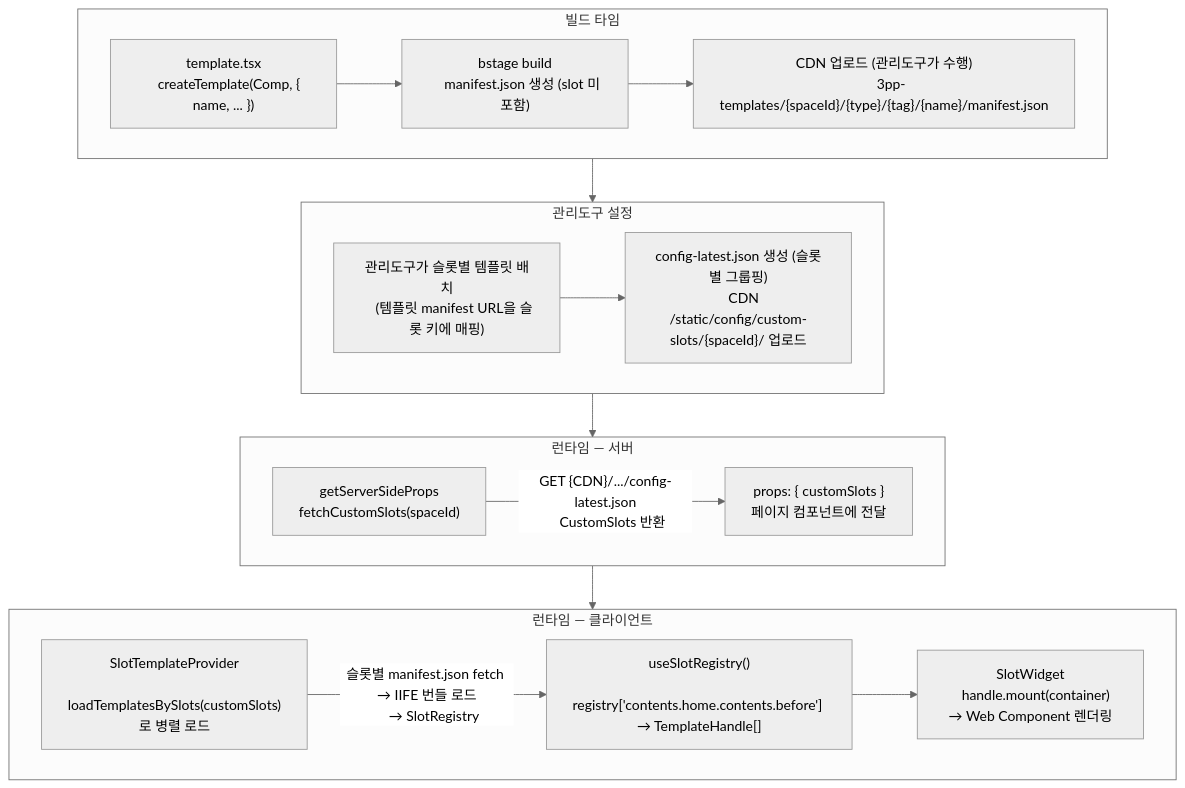
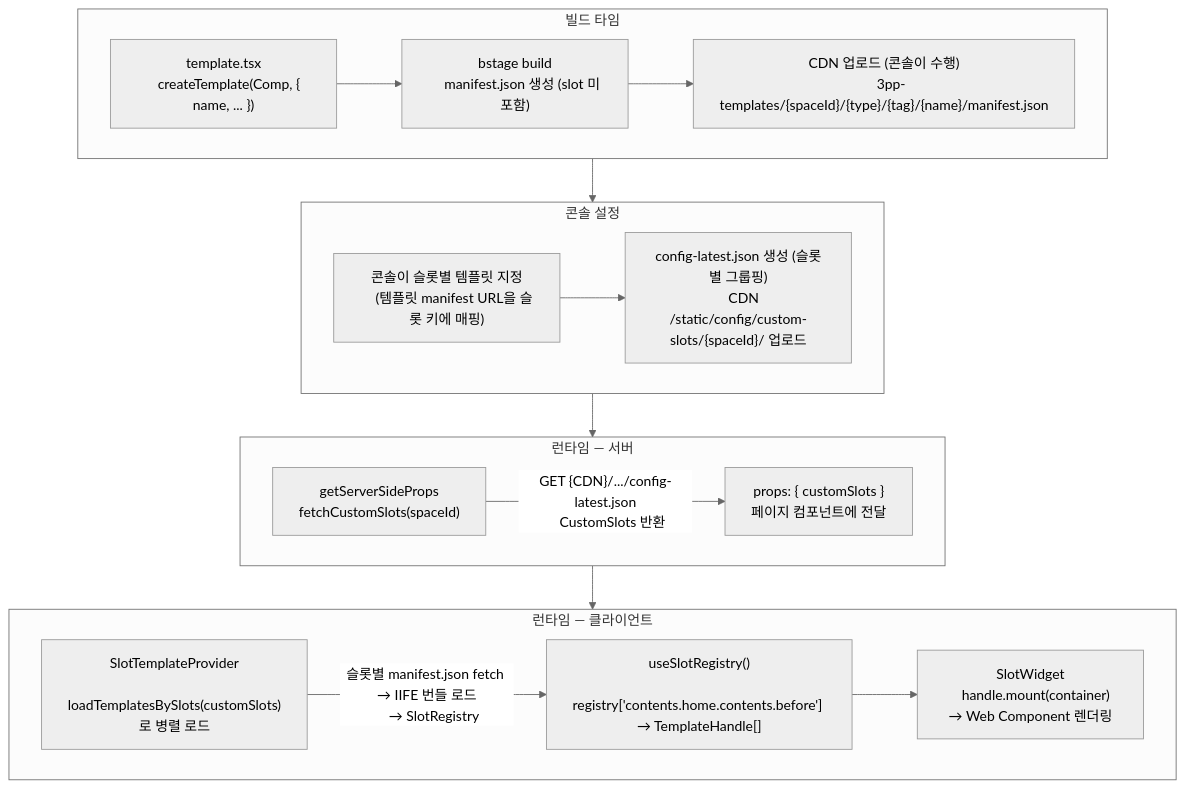
The first of 2 diagrams in docs/SLOT_SYSTEM.md (bstage-sdk/web-sdk), drawn with Mermaid (neutral theme) before and after one commit. The commit also changed other lines of this file and 109 other files, not shown here.

````diff
--- a/docs/SLOT_SYSTEM.md
+++ b/docs/SLOT_SYSTEM.md
@@ -34,38 +34,38 @@
 ```mermaid
 flowchart TD
   subgraph build["빌드 타임"]
     B1["template.tsx
     createTemplate(Comp, { name, ... })"]
     --> B3["bstage build
     manifest.json 생성 (slot 미포함)"]
-    --> B4["CDN 업로드 (관리도구가 수행)
+    --> B4["CDN 업로드 (콘솔이 수행)
     3pp-templates/{spaceId}/{type}/{tag}/{name}/manifest.json"]
   end
 
-  subgraph config["관리도구 설정"]
-    M1["관리도구가 슬롯별 템플릿 배치
+  subgraph config["콘솔 설정"]
+    M1["콘솔이 슬롯별 템플릿 지정
     (템플릿 manifest URL을 슬롯 키에 매핑)"]
     --> M2["config-latest.json 생성 (슬롯별 그룹핑)
     CDN /static/config/custom-slots/{spaceId}/ 업로드"]
   end
 
   subgraph server["런타임 — 서버"]
     S1["getServerSideProps
     fetchCustomSlots(spaceId)"]
     -->|"GET {CDN}/.../config-latest.json
     CustomSlots 반환"| S2["props: { customSlots }
     페이지 컴포넌트에 전달"]
   end
 
   subgraph client["런타임 — 클라이언트"]
     C1["SlotTemplateProvider
     loadTemplatesBySlots(customSlots)로 병렬 로드"]
     -->|"슬롯별 manifest.json fetch → IIFE 번들 로드
     → SlotRegistry"| C2["useSlotRegistry()
     registry['contents.home.contents.before'] → TemplateHandle[]"]
     --> C3["SlotWidget
     handle.mount(container) → Web Component 렌더링"]
   end
 
   build --> config --> server --> client
 ```
````
